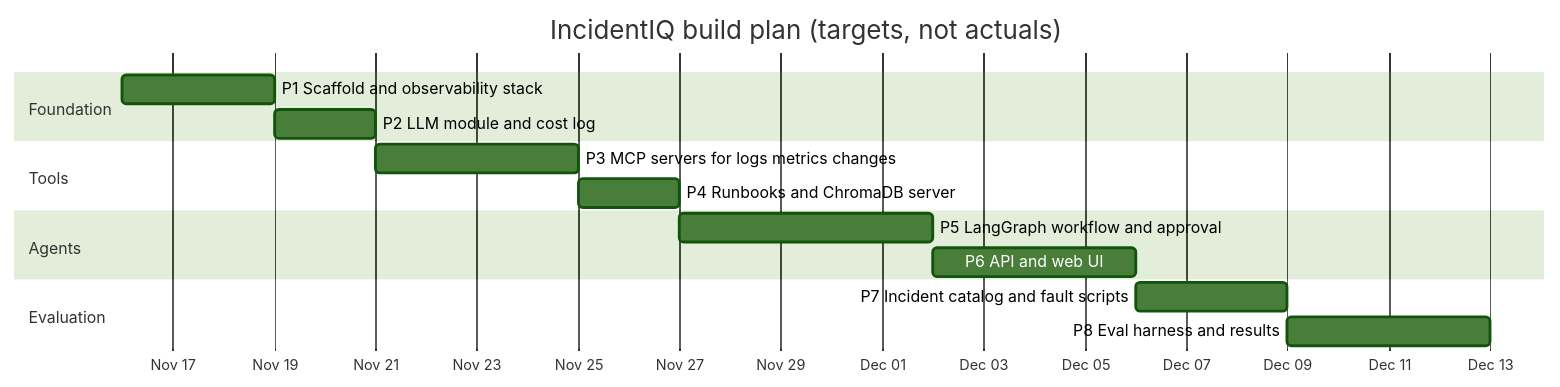
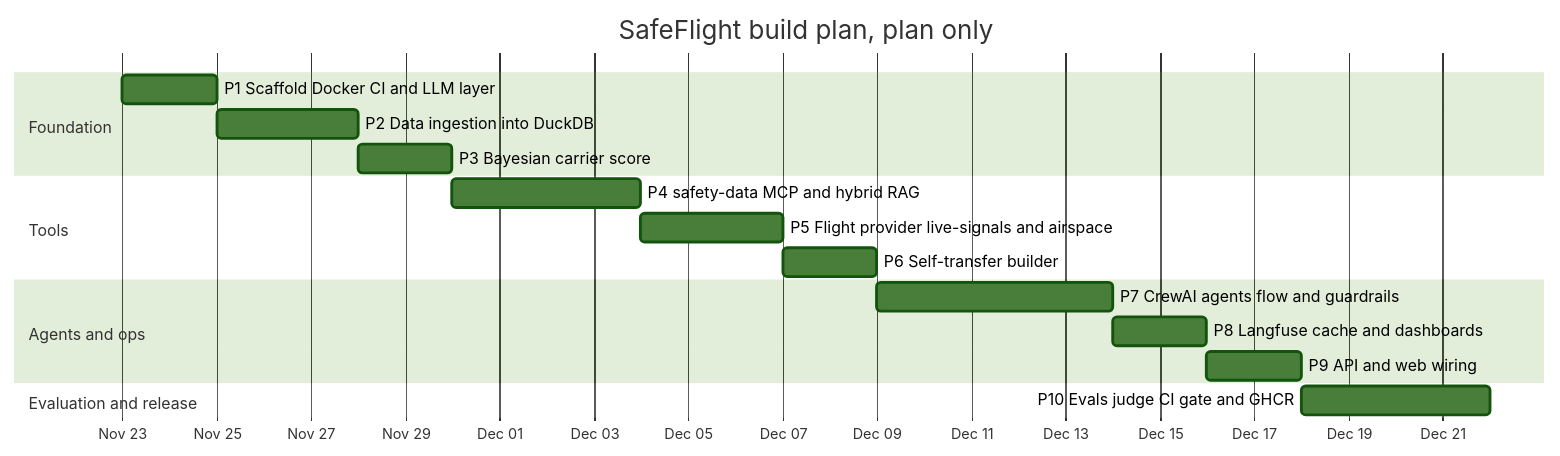
Before and after one commit to striderzz/SafeFlight-AgentOps: the tenth of 10 diagrams in INFO.md, drawn with Mermaid (forest theme). The commit also changed other lines of this file and 3 other files, not shown here.

Commit message:
Redesign as SafeFlight AgentOps: CrewAI + Claude airline-safety agents (design docs, build plan, interview prep)

````diff
--- a/INFO.md
+++ b/INFO.md
@@ -374,18 +507,20 @@
 ```mermaid
 gantt
-    title IncidentIQ build plan (targets, not actuals)
+    title SafeFlight build plan, plan only
     dateFormat YYYY-MM-DD
     axisFormat %b %d
     section Foundation
-    P1 Scaffold and observability stack :p1, 2026-11-16, 3d
-    P2 LLM module and cost log :p2, after p1, 2d
+    P1 Scaffold Docker CI and LLM layer :p1, 2026-11-23, 2d
+    P2 Data ingestion into DuckDB :p2, after p1, 3d
+    P3 Bayesian carrier score :p3, after p2, 2d
     section Tools
-    P3 MCP servers for logs metrics changes :p3, after p2, 4d
-    P4 Runbooks and ChromaDB server :p4, after p3, 2d
-    section Agents
-    P5 LangGraph workflow and approval :p5, after p4, 5d
-    P6 API and web UI :p6, after p5, 4d
-    section Evaluation
-    P7 Incident catalog and fault scripts :p7, after p6, 3d
-    P8 Eval harness and results :p8, after p7, 4d
+    P4 safety-data MCP and hybrid RAG :p4, after p3, 4d
+    P5 Flight provider live-signals and airspace :p5, after p4, 3d
+    P6 Self-transfer builder :p6, after p5, 2d
+    section Agents and ops
+    P7 CrewAI agents flow and guardrails :p7, after p6, 5d
+    P8 Langfuse cache and dashboards :p8, after p7, 2d
+    P9 API and web wiring :p9, after p8, 2d
+    section Evaluation and release
+    P10 Evals judge CI gate and GHCR :p10, after p9, 4d
 ```
````
